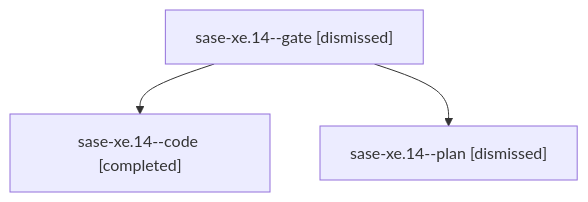
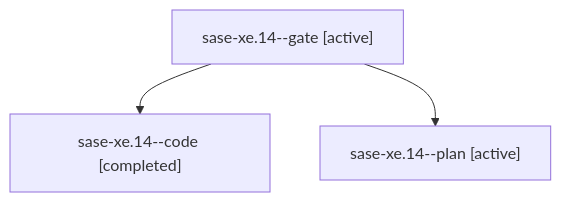
The diagram in families/bbugyi200.athena.sase-xe.14.md (sase-org/sase--agents), drawn with Mermaid before and after one commit. The commit also changed other lines of this file and 35830 other files, not shown here.

````diff
--- a/families/bbugyi200.athena.sase-xe.14.md
+++ b/families/bbugyi200.athena.sase-xe.14.md
@@ -9,8 +9,8 @@
 ```mermaid
 flowchart TD
-  n0["sase-xe.14--gate [dismissed]"]
+  n0["sase-xe.14--gate [active]"]
   n1["sase-xe.14--code [completed]"]
   n0 --> n1
-  n2["sase-xe.14--plan [dismissed]"]
+  n2["sase-xe.14--plan [active]"]
   n0 --> n2
 ```
````
